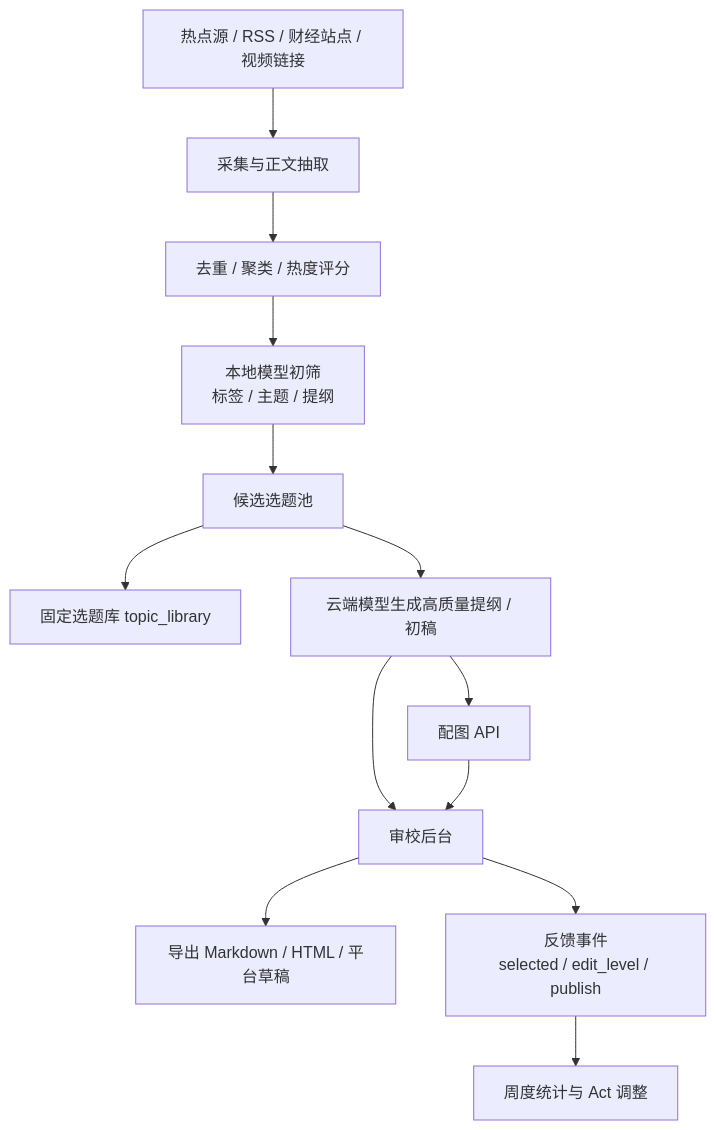
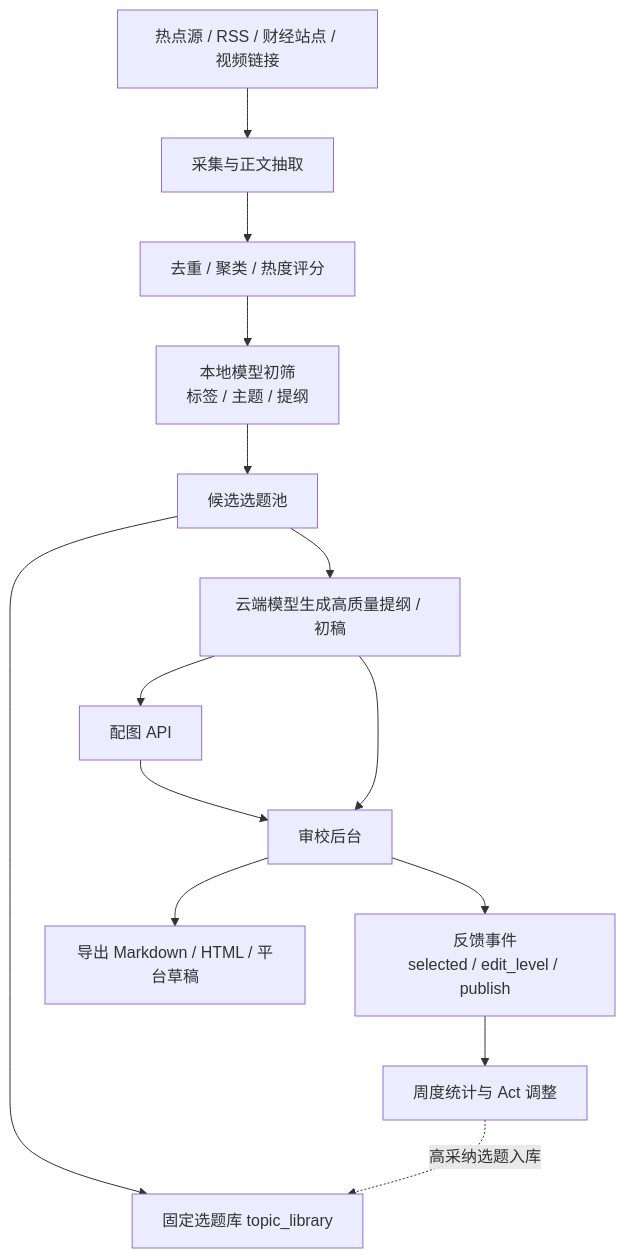
One commit to leeliu2580-ui/YMOS changed the third of 9 diagrams in docs/superpowers/plans/2026-03-30-finance-media-research-automation-diagrams.md. Above: the diagram before and after it, drawn with Mermaid. The commit also changed other lines of this file and 3 other files, not shown here.

````diff
--- a/docs/superpowers/plans/2026-03-30-finance-media-research-automation-diagrams.md
+++ b/docs/superpowers/plans/2026-03-30-finance-media-research-automation-diagrams.md
@@ -115,15 +120,16 @@
 ```mermaid
 flowchart TB
     S1[热点源 / RSS / 财经站点 / 视频链接] --> P1[采集与正文抽取]
     P1 --> P2[去重 / 聚类 / 热度评分]
     P2 --> P3[本地模型初筛\n标签 / 主题 / 提纲]
     P3 --> P4[候选选题池]
     P4 --> P5[固定选题库 topic_library]
     P4 --> P6[云端模型生成高质量提纲 / 初稿]
     P6 --> P7[配图 API]
     P6 --> P8[审校后台]
     P7 --> P8
     P8 --> P9[导出 Markdown / HTML / 平台草稿]
     P8 --> P10[反馈事件\nselected / edit_level / publish]
     P10 --> P11[周度统计与 Act 调整]
+    P11 -.高采纳选题入库.-> P5
 ```
````
